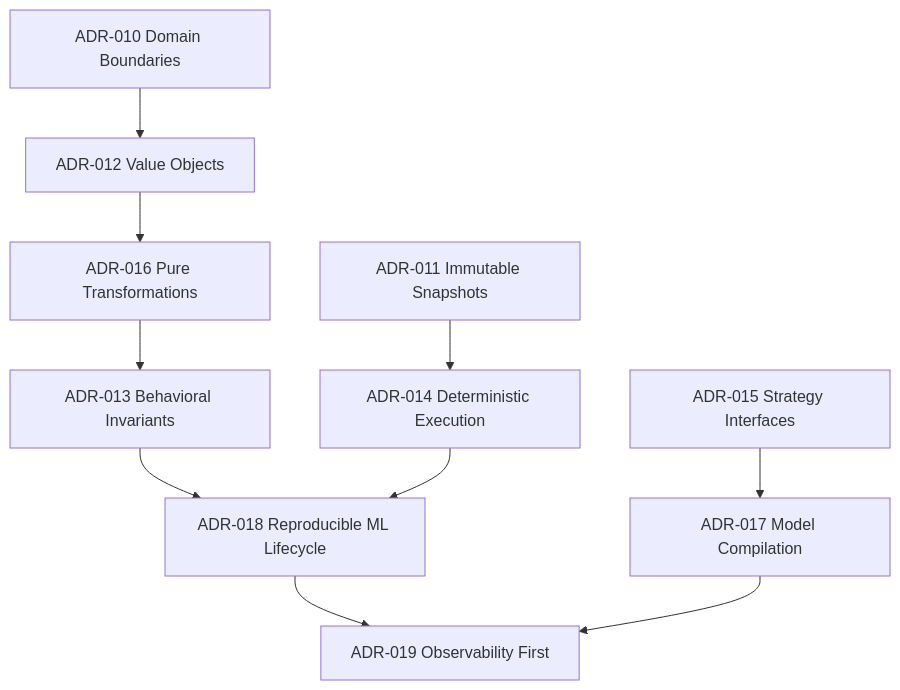
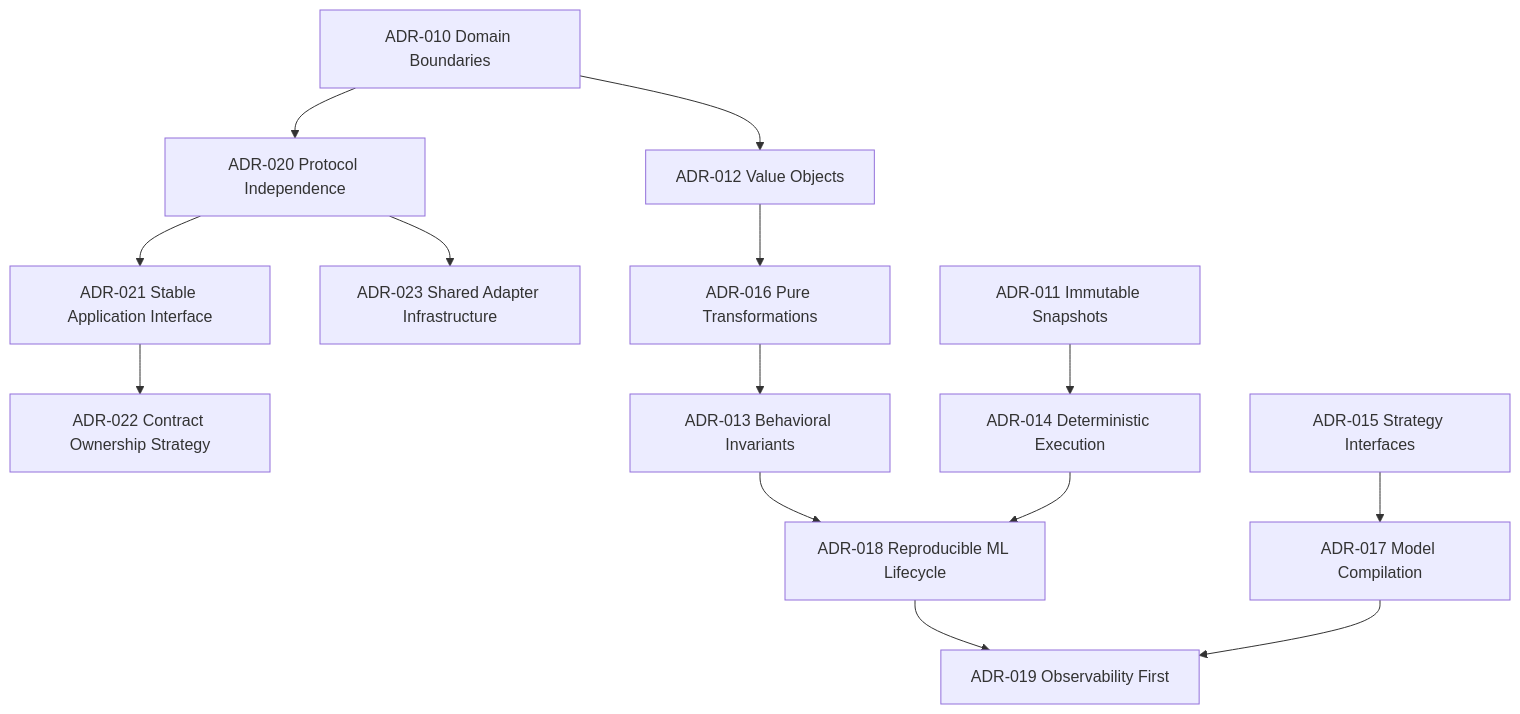
Before and after one commit to ritikpathania/brain: the diagram in docs/architecture/README.md, drawn with Mermaid. The commit also changed other lines of this file and 388 other files, not shown here.

Commit message:
Milestone Stabilization: Commit all untracked workspace crates, test suites, protocol schemas, and SDKs to support clean clones

````diff
--- a/docs/architecture/README.md
+++ b/docs/architecture/README.md
@@ -16,14 +25,18 @@
 ```mermaid
 flowchart TD
     adr10["ADR-010 Domain Boundaries"] --> adr12["ADR-012 Value Objects"]
+    adr10 --> adr20["ADR-020 Protocol Independence"]
+    adr20 --> adr21["ADR-021 Stable Application Interface"]
+    adr20 --> adr23["ADR-023 Shared Adapter Infrastructure"]
+    adr21 --> adr22["ADR-022 Contract Ownership Strategy"]
     adr12 --> adr16["ADR-016 Pure Transformations"]
     adr16 --> adr13["ADR-013 Behavioral Invariants"]
     adr13 --> adr18["ADR-018 Reproducible ML Lifecycle"]
     adr18 --> adr19["ADR-019 Observability First"]
 
     adr11["ADR-011 Immutable Snapshots"] --> adr14["ADR-014 Deterministic Execution"]
     adr14 --> adr18
     
     adr15["ADR-015 Strategy Interfaces"] --> adr17["ADR-017 Model Compilation"]
     adr17 --> adr19
 ```
````
